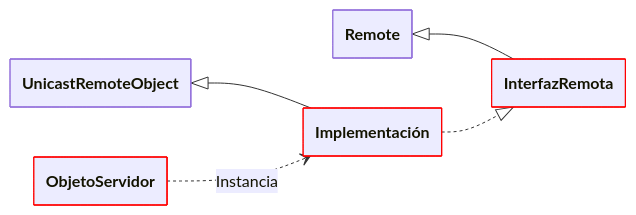
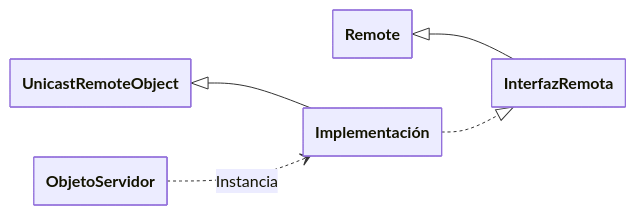
The first of 2 diagrams in content/redes/objetos-distribuidos/index.md (MagnoElMagnifico/blog), drawn with Mermaid before and after one commit. The commit also changed 13 other files, not shown here.

````diff
--- a/content/redes/objetos-distribuidos/index.md
+++ b/content/redes/objetos-distribuidos/index.md
@@ -218,18 +218,19 @@
 ```mermaid
 ---
   config:
     class:
       hideEmptyMembersBox: true
 ---
 classDiagram
     direction LR
     class InterfazRemota:::userDef
     class Impl["Implementación"]:::userDef
     class ObjetoServidor:::userDef
-    classDef userDef stroke:#f00;
 
     Remote <|-- InterfazRemota
     Impl ..|> InterfazRemota
     UnicastRemoteObject <|-- Impl
     ObjetoServidor ..> Impl: Instancia
+
+    %%classDef userDef stroke:#f00;
 ```
````
